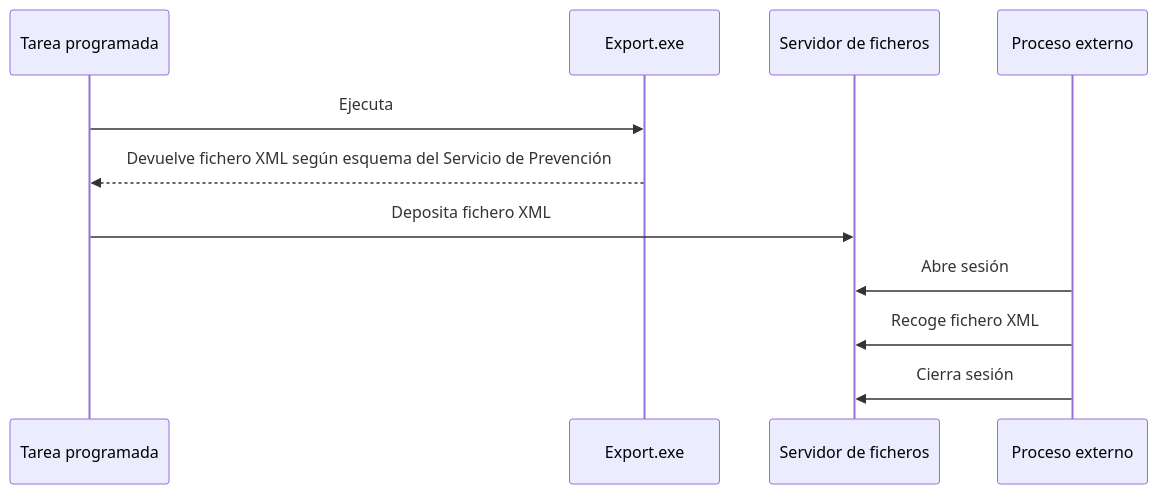
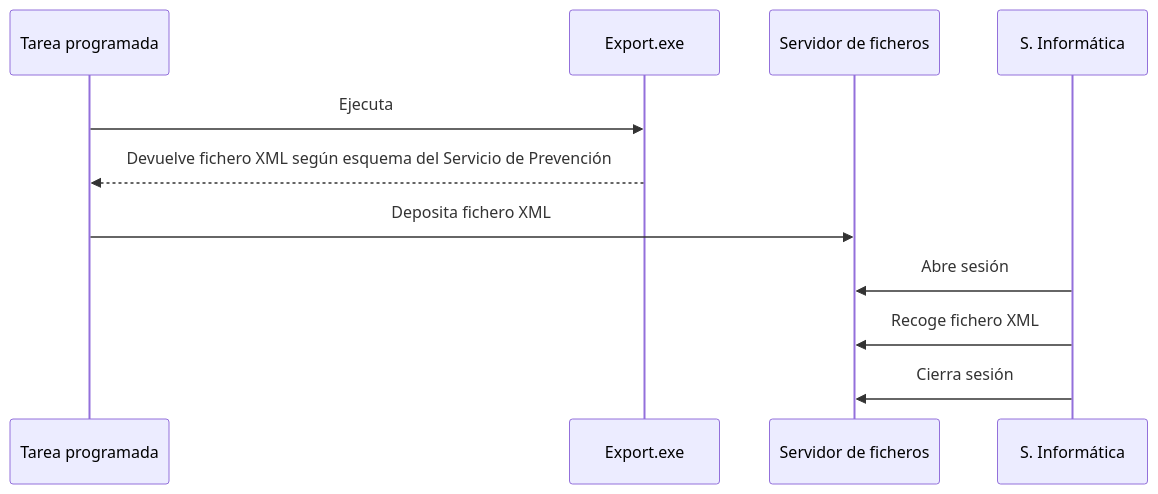
Before and after one commit to labgeo/ua-mods: the diagram in ds09.md, drawn with Mermaid. The commit also changed other lines of this file, not shown here.

```diff
--- a/ds09.md
+++ b/ds09.md
@@ -5,9 +5,9 @@
 {% mermaid %}
 sequenceDiagram;
 Tarea programada->>Export.exe: Ejecuta;
 Export.exe-->>Tarea programada: Devuelve fichero XML según esquema del Servicio de Prevención;
 Tarea programada->>Servidor de ficheros: Deposita fichero XML;
-Proceso externo->>Servidor de ficheros: Abre sesión;
-Proceso externo->>Servidor de ficheros: Recoge fichero XML;
-Proceso externo->>Servidor de ficheros: Cierra sesión;
+S. Informática->>Servidor de ficheros: Abre sesión;
+S. Informática->>Servidor de ficheros: Recoge fichero XML;
+S. Informática->>Servidor de ficheros: Cierra sesión;
 {% endmermaid %}
```
